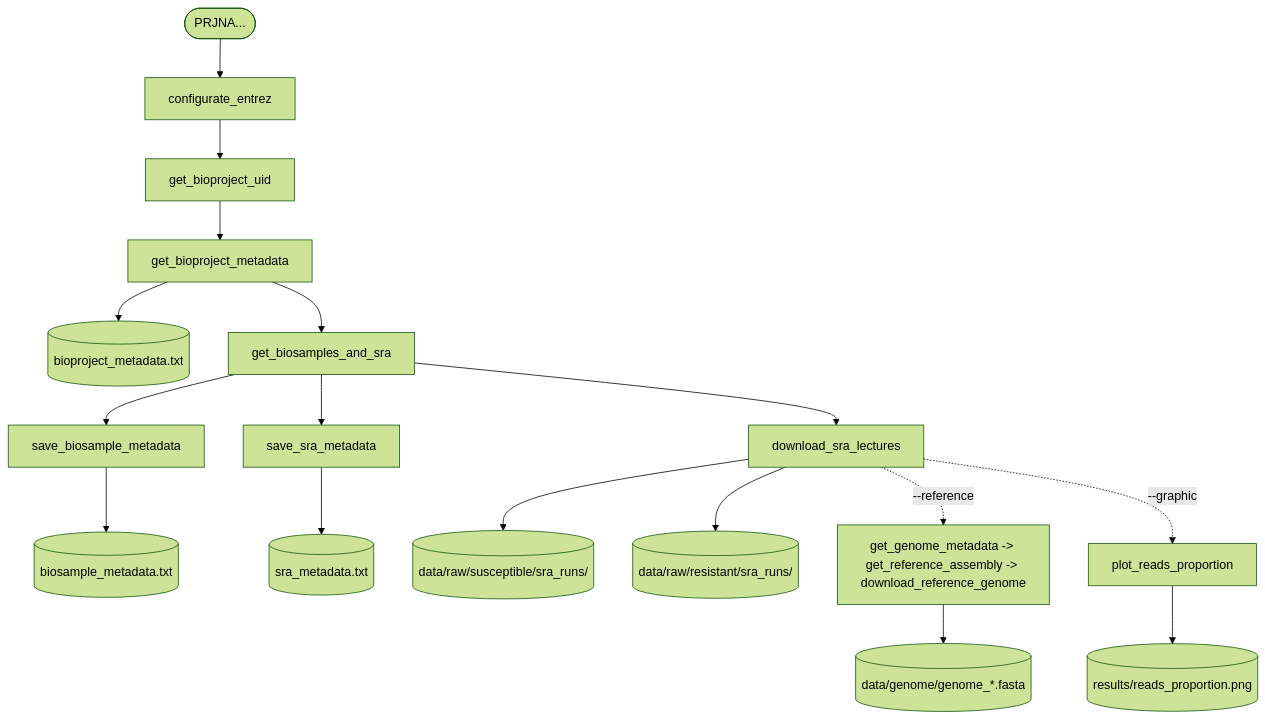
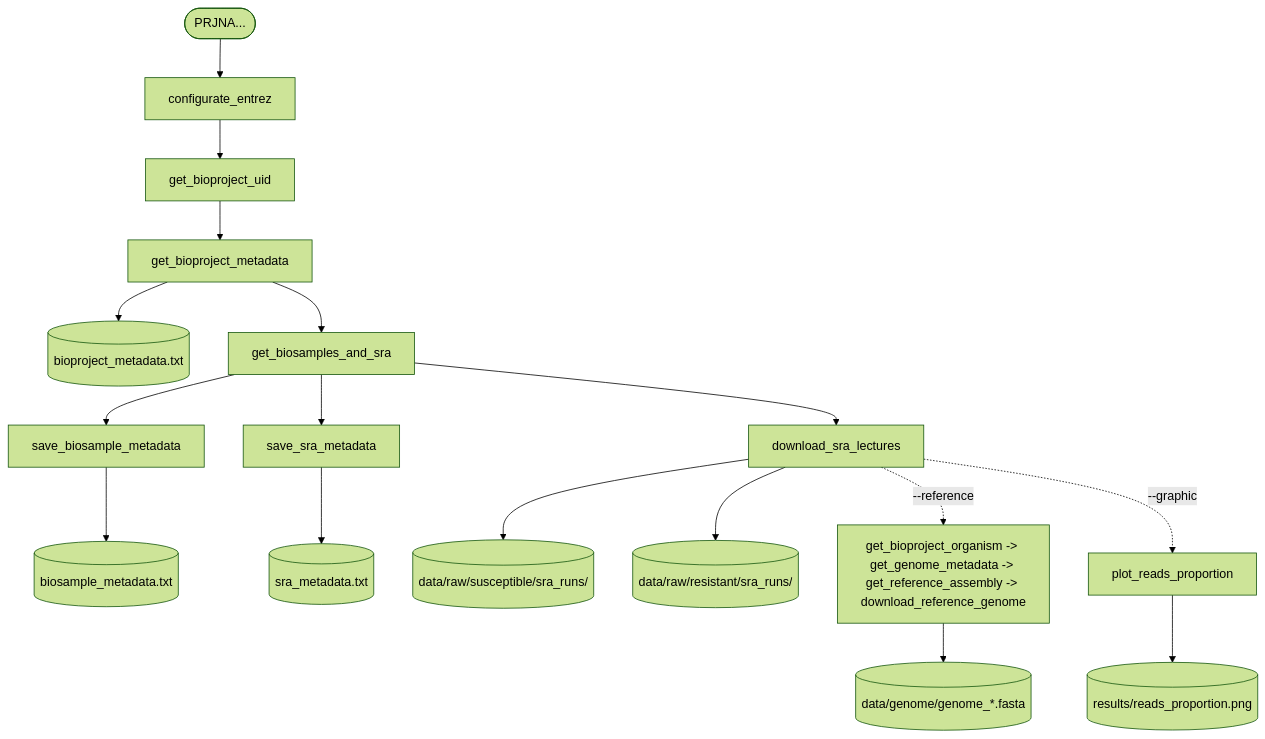
Before and after one commit to DiegoLedesma09/analisis_expresion_malaria: the diagram in docs/download_data.md, drawn with Mermaid (forest theme).

````diff
--- a/docs/download_data.md
+++ b/docs/download_data.md
@@ -49,15 +49,15 @@
 ```mermaid
 flowchart TD
     A([PRJNA...]) --> B[configurate_entrez]
     B --> C[get_bioproject_uid]
     C --> D[get_bioproject_metadata] --> D1[(bioproject_metadata.txt)]
     D --> E[get_biosamples_and_sra]
     E --> E1[save_biosample_metadata] --> E2[(biosample_metadata.txt)]
     E --> E3[save_sra_metadata] --> E4[(sra_metadata.txt)]
     E --> F[download_sra_lectures]
     F --> F1[(data/raw/susceptible/sra_runs/)]
     F --> F2[(data/raw/resistant/sra_runs/)]
-    F -.->|--reference| G[get_genome_metadata -> get_reference_assembly -> download_reference_genome]
+    F -.->|--reference| G[ get_bioproject_organism -> get_genome_metadata -> get_reference_assembly -> download_reference_genome]
     G --> G1[(data/genome/genome_*.fasta)]
     F -.->|--graphic| H[plot_reads_proportion] --> H1[(results/reads_proportion.png)]
 ```
````
